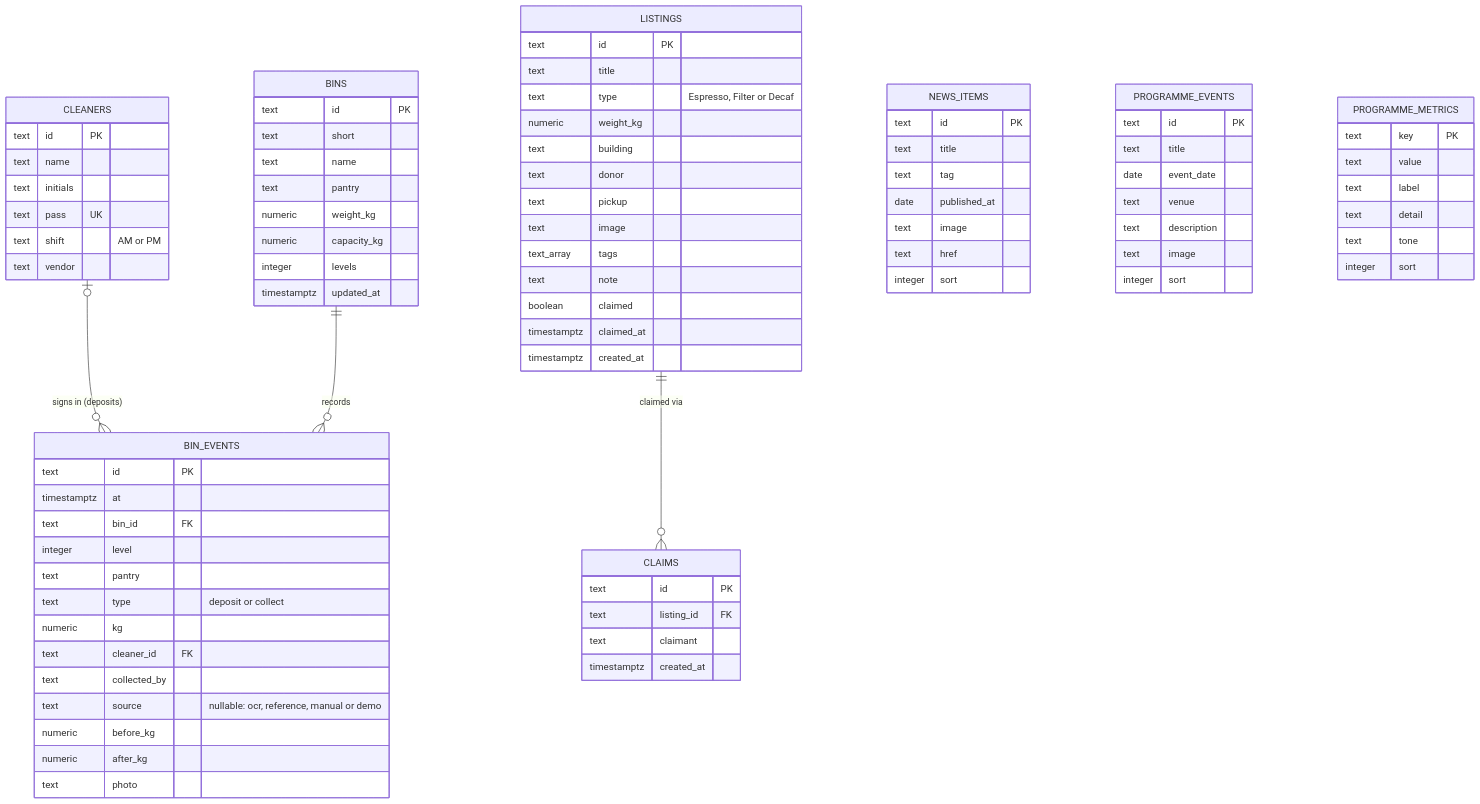
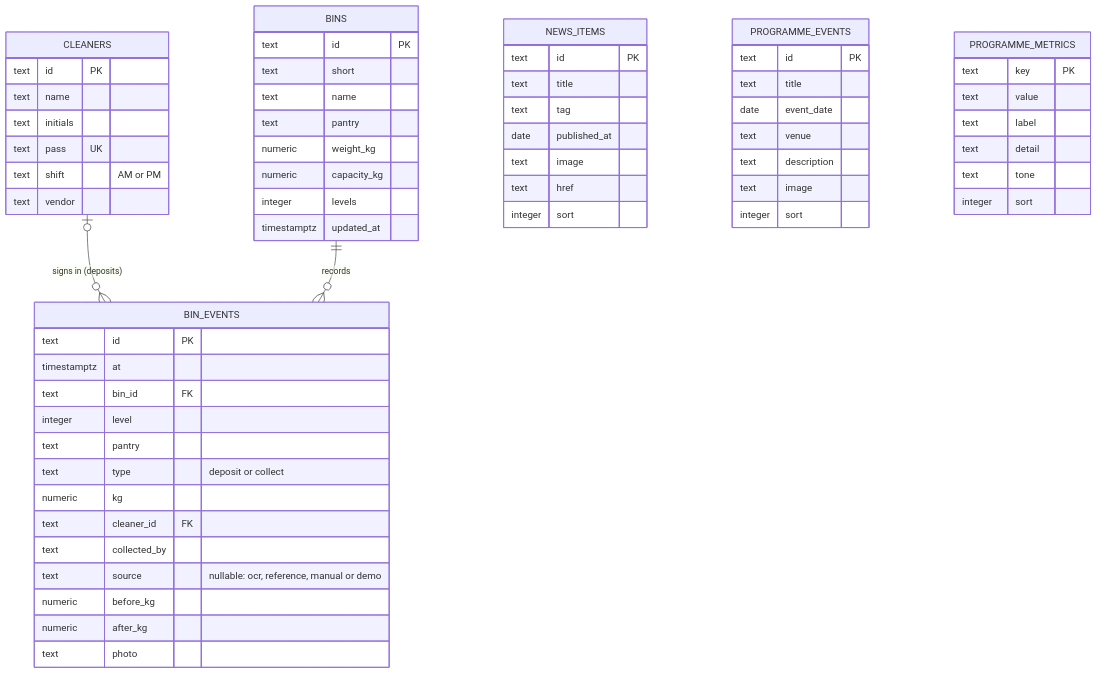
Before and after one commit to is463-g1t7/grounds2glow: the diagram in docs/ERD.md, drawn with Mermaid. The commit also changed other lines of this file and 8 other files, not shown here.

First line of the commit message:
chore: drop legacy tables and cache kiosk LLM answers (#9)

```diff
--- a/docs/ERD.md
+++ b/docs/ERD.md
@@ -7,8 +7,6 @@
 erDiagram
     CLEANERS |o--o{ BIN_EVENTS : "signs in (deposits)"
     BINS ||--o{ BIN_EVENTS : "records"
-    LISTINGS ||--o{ CLAIMS : "claimed via"
-    %% Legacy marketplace tables: kept in the schema, not seeded or read.
 
     CLEANERS {
         text id PK
@@ -46,29 +44,6 @@
         text photo
     }
 
-    LISTINGS {
-        text id PK
-        text title
-        text type "Espresso, Filter or Decaf"
-        numeric weight_kg
-        text building
-        text donor
-        text pickup
-        text image
-        text_array tags
-        text note
-        boolean claimed
-        timestamptz claimed_at
-        timestamptz created_at
-    }
-
-    CLAIMS {
-        text id PK
-        text listing_id FK
-        text claimant
-        timestamptz created_at
-    }
-
     NEWS_ITEMS {
         text id PK
         text title
```
